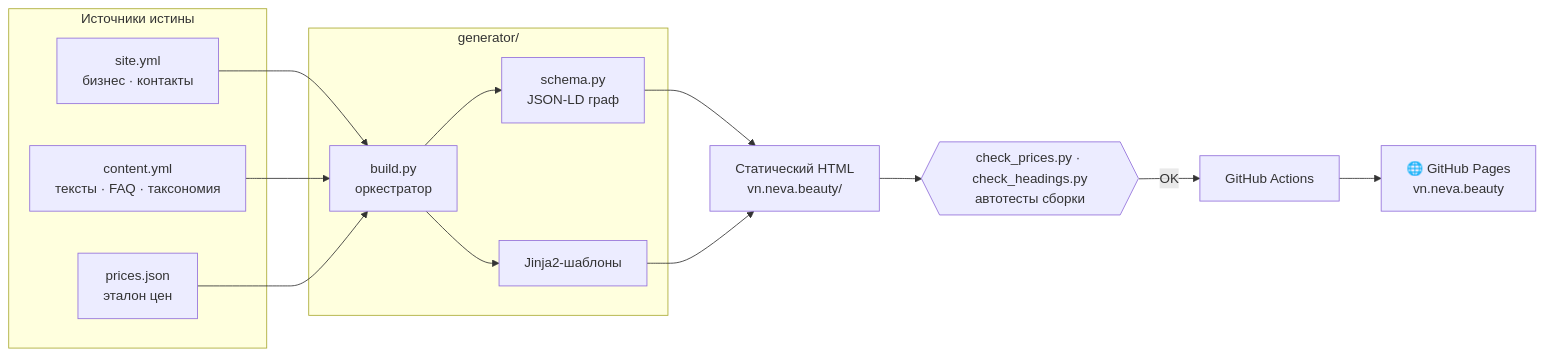
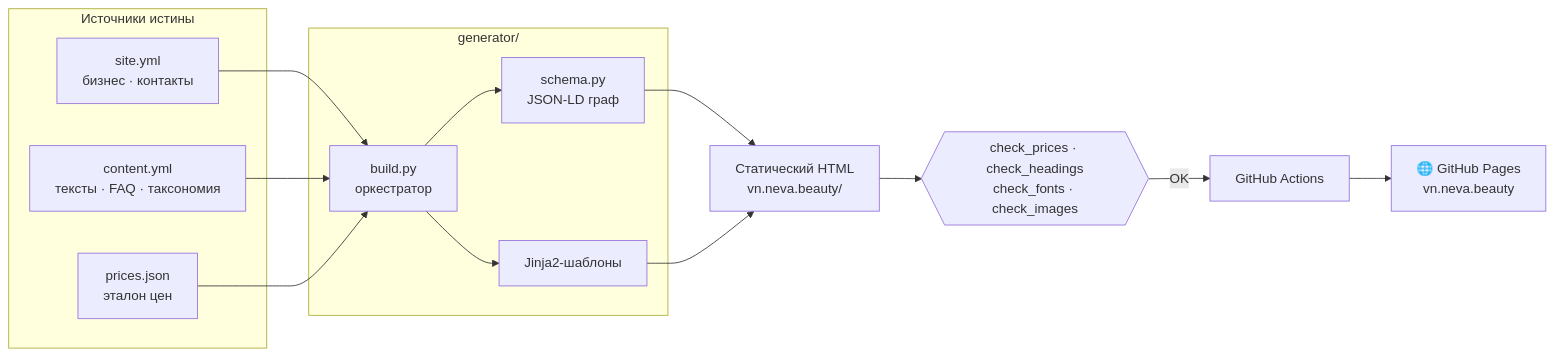
Before and after one commit to jw-git-hub/vn.neva.beauty: the diagram in README.md, drawn with Mermaid. The commit also changed other lines of this file and 1 other file, not shown here.

````diff
--- a/README.md
+++ b/README.md
@@ -81,23 +190,23 @@
 ```mermaid
 flowchart LR
     subgraph SRC["Источники истины"]
         A["site.yml<br/>бизнес · контакты"]
         B["content.yml<br/>тексты · FAQ · таксономия"]
         C["prices.json<br/>эталон цен"]
     end
     subgraph GEN["generator/"]
         D["build.py<br/>оркестратор"]
         E["schema.py<br/>JSON-LD граф"]
         F["Jinja2-шаблоны"]
     end
     A --> D
     B --> D
     C --> D
     D --> E
     D --> F
     E --> G["Статический HTML<br/>vn.neva.beauty/"]
     F --> G
-    G --> H{{"check_prices.py · check_headings.py<br/>автотесты сборки"}}
+    G --> H{{"check_prices · check_headings<br/>check_fonts · check_images"}}
     H -->|OK| I["GitHub Actions"]
     I --> J["🌐 GitHub Pages<br/>vn.neva.beauty"]
 ```
````
